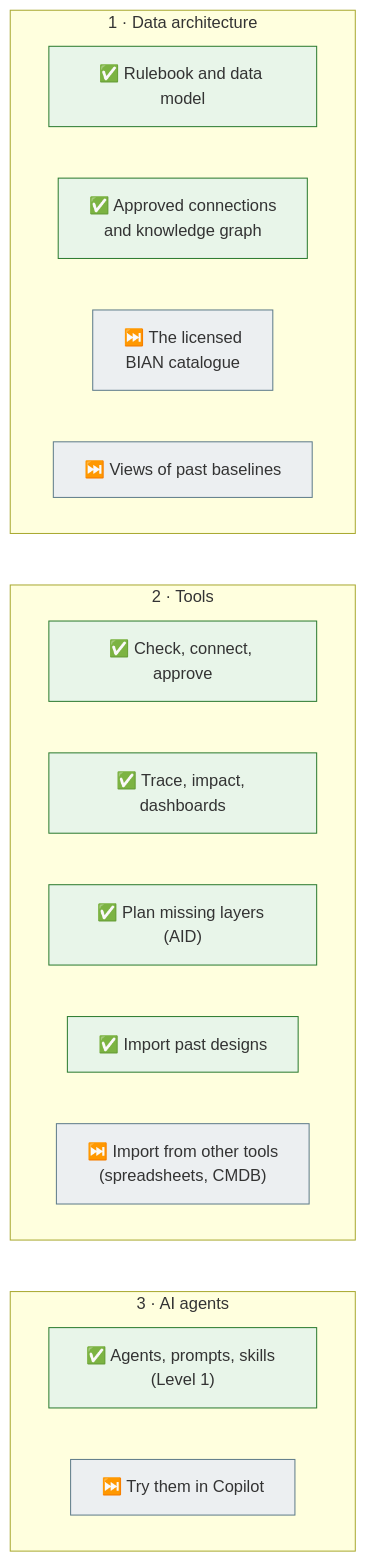
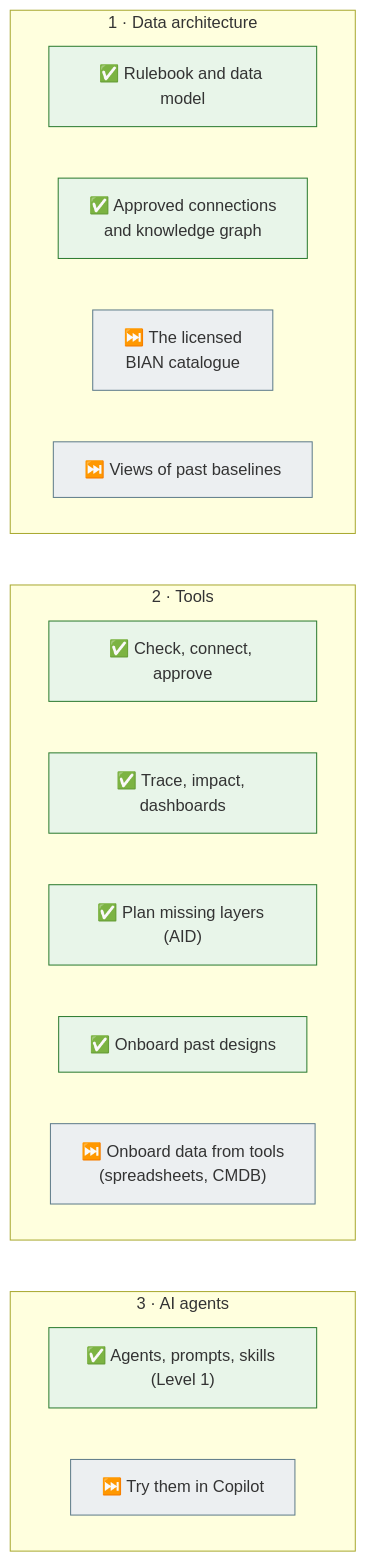
Diagram 12 of 15 in README.md (taumoeps/bian-sdem-framework), drawn with Mermaid before and after one commit. The commit also changed other lines of this file and 12 other files, not shown here.

````diff
--- a/README.md
+++ b/README.md
@@ -239,28 +239,28 @@
 ```mermaid
 flowchart TB
     subgraph B1["1 · Data architecture"]
         direction LR
         d1["✅ Rulebook and data model"]
         d2["✅ Approved connections<br/>and knowledge graph"]
         d3["⏭️ The licensed<br/>BIAN catalogue"]
         d4["⏭️ Views of past baselines"]
     end
     subgraph B2["2 · Tools"]
         direction LR
         t1["✅ Check, connect, approve"]
         t2["✅ Trace, impact, dashboards"]
         t3["✅ Plan missing layers (AID)"]
-        t4["✅ Import past designs"]
-        t5["⏭️ Import from other tools<br/>(spreadsheets, CMDB)"]
+        t4["✅ Onboard past designs"]
+        t5["⏭️ Onboard data from tools<br/>(spreadsheets, CMDB)"]
     end
     subgraph B3["3 · AI agents"]
         direction LR
         a1["✅ Agents, prompts, skills (Level 1)"]
         a2["⏭️ Try them in Copilot"]
     end
     B1 ~~~ B2 ~~~ B3
     classDef b fill:#E8F5E9,stroke:#2E7D32
     classDef n fill:#ECEFF1,stroke:#607D8B
     class d1,d2,t1,t2,t3,t4,a1 b
     class d3,d4,t5,a2 n
 ```
````
